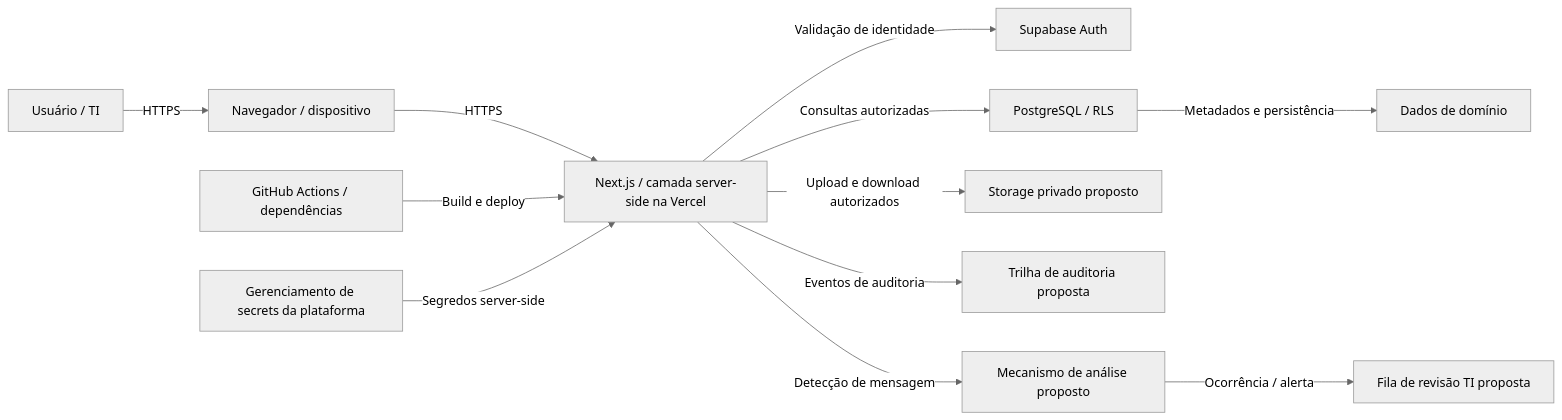
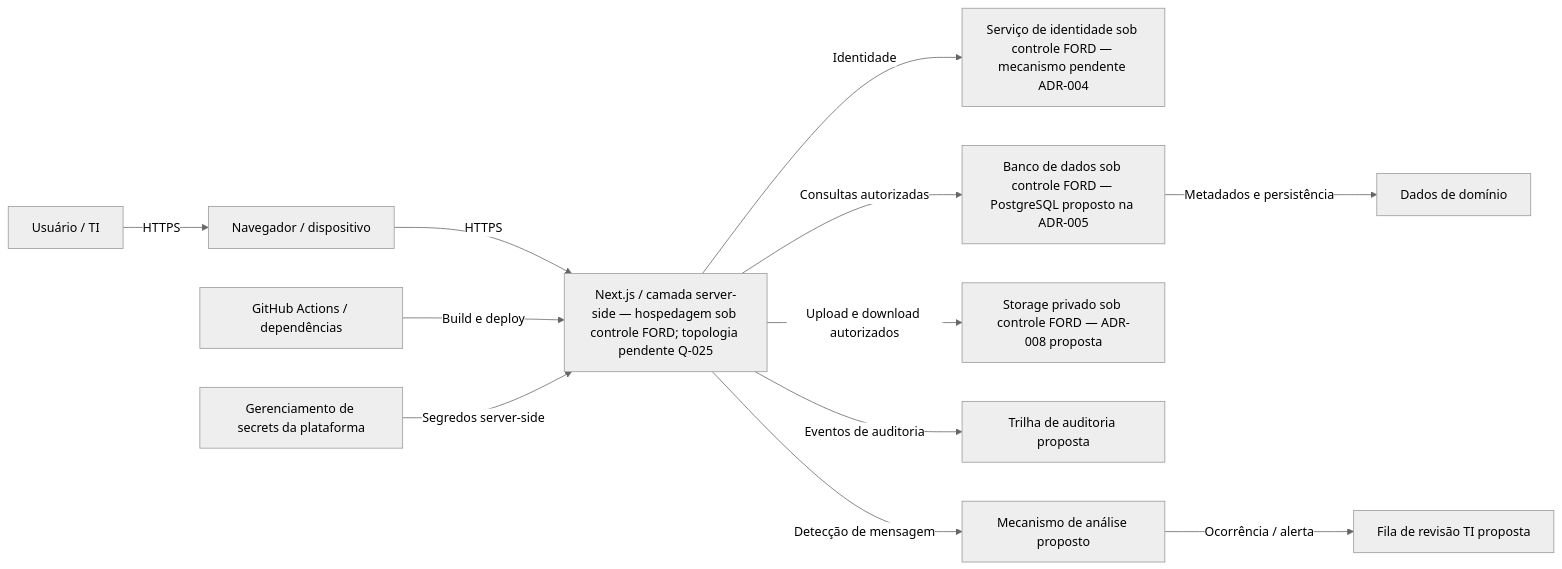
The diagram in docs/security/issue-125-modelo-de-ameacas.md (Aluvioz/Polychat), drawn with Mermaid (neutral theme) before and after one commit. The commit also changed other lines of this file, not shown here.

Commit message:
docs(security): reconcile threat model architecture with Q-025

```diff
--- a/docs/security/issue-125-modelo-de-ameacas.md
+++ b/docs/security/issue-125-modelo-de-ameacas.md
@@ -126,14 +126,14 @@
 ~~~mermaid
 flowchart LR
     U["Usuário / TI"] -->|HTTPS| B["Navegador / dispositivo"]
-    B -->|HTTPS| V["Next.js / camada server-side na Vercel"]
-    V -->|Validação de identidade| A["Supabase Auth"]
-    V -->|Consultas autorizadas| P["PostgreSQL / RLS"]
-    V -->|Upload e download autorizados| S["Storage privado proposto"]
+    B -->|HTTPS| V["Next.js / camada server-side — hospedagem sob controle FORD; topologia pendente Q-025"]
+    V -->|Identidade| A["Serviço de identidade sob controle FORD — mecanismo pendente ADR-004"]
+    V -->|Consultas autorizadas| P["Banco de dados sob controle FORD — PostgreSQL proposto na ADR-005"]
+    V -->|Upload e download autorizados| S["Storage privado sob controle FORD — ADR-008 proposta"]
     P -->|Metadados e persistência| D["Dados de domínio"]
     V -->|Eventos de auditoria| L["Trilha de auditoria proposta"]
     V -->|Detecção de mensagem| M["Mecanismo de análise proposto"]
     M -->|Ocorrência / alerta| Q["Fila de revisão TI proposta"]
     CI["GitHub Actions / dependências"] -->|Build e deploy| V
     K["Gerenciamento de secrets da plataforma"] -->|Segredos server-side| V
 ~~~
```
